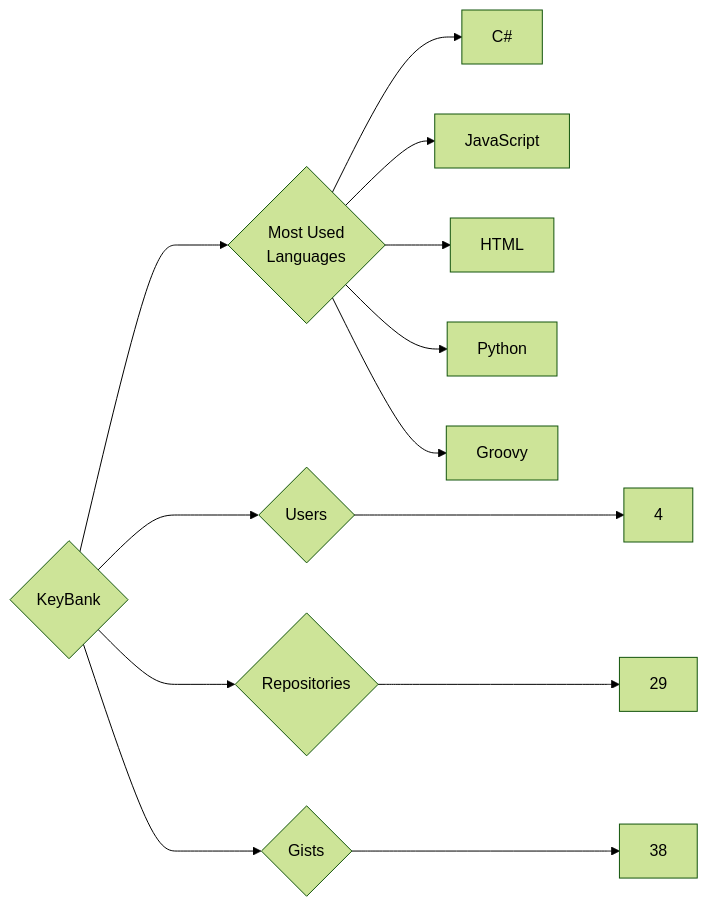
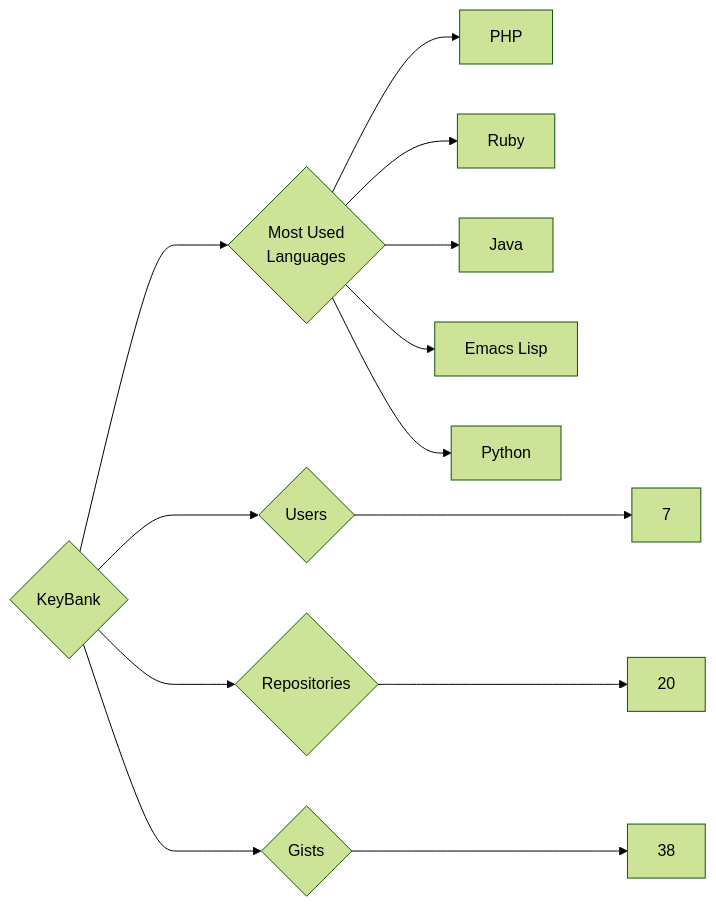
Before and after one commit to trickest/insiders: the diagram in targets/KeyBank/README.md, drawn with Mermaid (forest theme). The commit also changed 1195 other files, not shown here.

````diff
--- a/targets/KeyBank/README.md
+++ b/targets/KeyBank/README.md
@@ -3,13 +3,13 @@
 ```mermaid
 graph LR
 COMPANY_NAME{KeyBank}
-COMPANY_NAME ---> U{Users} ---> UN[4]
-COMPANY_NAME ---> R{Repositories} ---> RN[29]
+COMPANY_NAME ---> U{Users} ---> UN[7]
+COMPANY_NAME ---> R{Repositories} ---> RN[20]
 COMPANY_NAME ---> G{Gists} ---> GN[38]
 COMPANY_NAME ---> ML{Most Used<br>Languages}
-ML --> C#[C#]
-ML --> JavaScript[JavaScript]
-ML --> HTML[HTML]
+ML --> PHP[PHP]
+ML --> Ruby[Ruby]
+ML --> Java[Java]
+ML --> Emacs_Lisp[Emacs Lisp]
 ML --> Python[Python]
-ML --> Groovy[Groovy]
 ```
````
